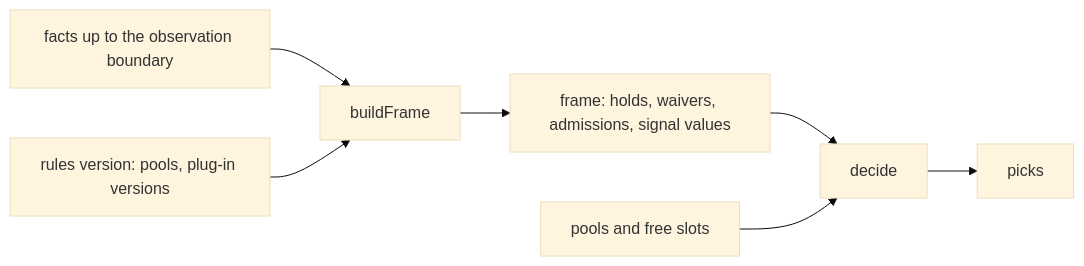
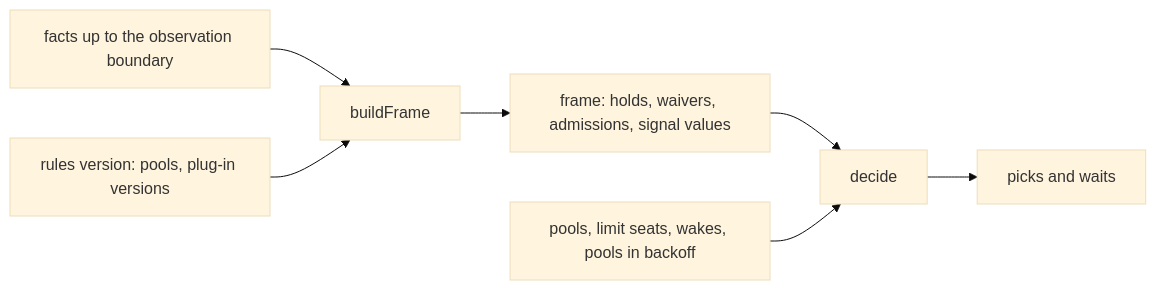
Before and after one commit to zgeoff/boxxy: the diagram in docs/design/boxxy/planning.md, drawn with Mermaid (base theme). The commit also changed other lines of this file and 32 other files, not shown here.

First line of the commit message:
feat(planning): decide with limit seats, wakes first and pool backoff

````diff
--- a/docs/design/boxxy/planning.md
+++ b/docs/design/boxxy/planning.md
@@ -43,9 +43,9 @@
 ```mermaid
 flowchart LR
   facts[facts up to the observation boundary] --> buildFrame
   rules[rules version: pools, plug-in versions] --> buildFrame
   buildFrame --> frame[frame: holds, waivers, admissions, signal values]
   frame --> decide
-  pools[pools and free slots] --> decide
-  decide --> picks
+  pools[pools, limit seats, wakes, pools in backoff] --> decide
+  decide --> picks[picks and waits]
 ```
````
